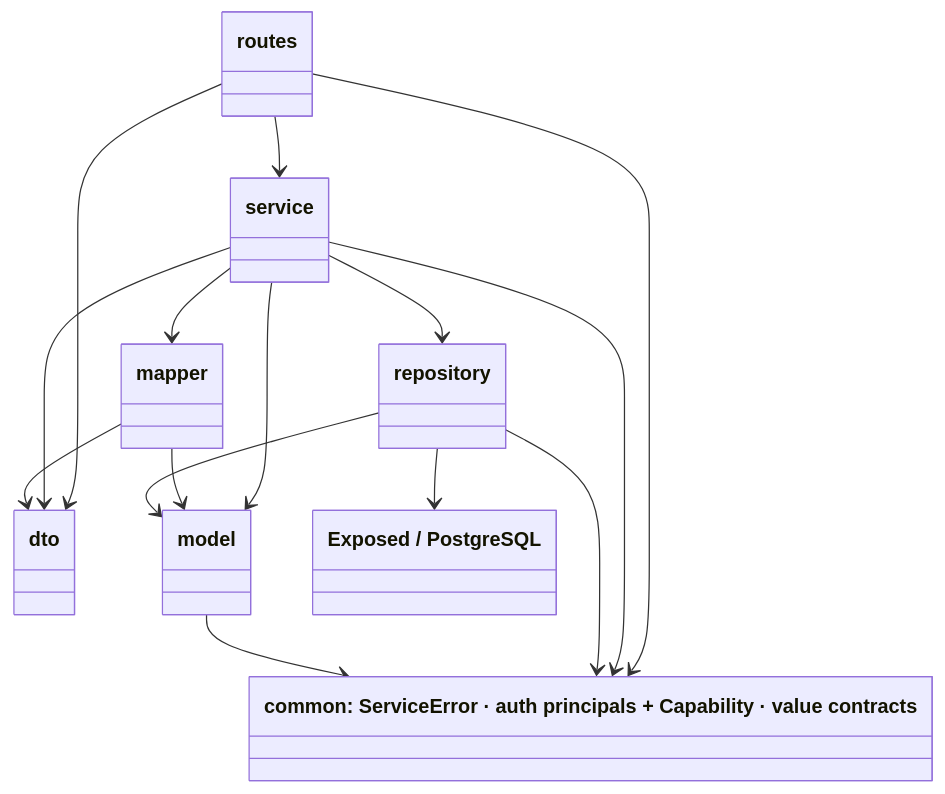
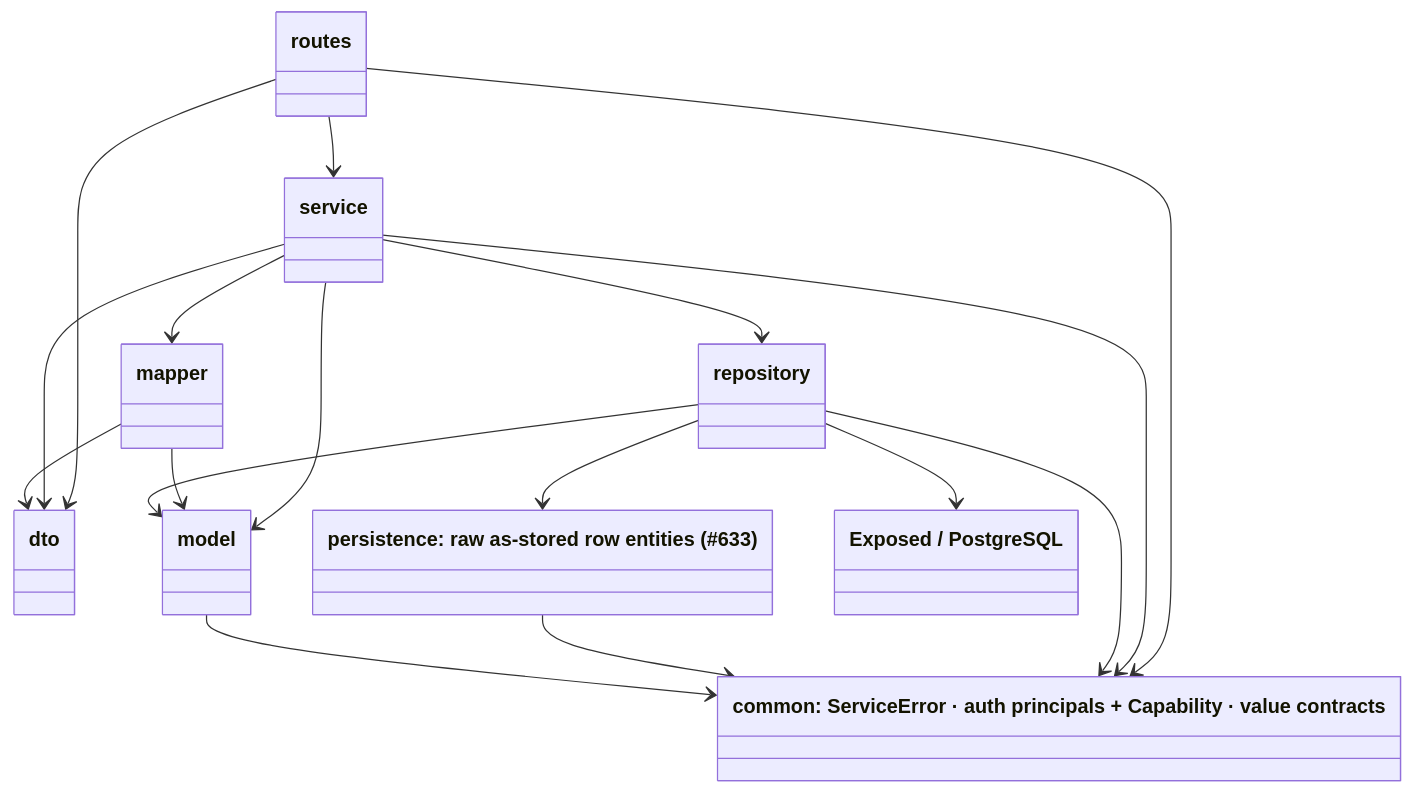
The first of 4 diagrams in docs/engineering/architecture/BACKEND_ARCHITECTURE.md (cybergrouch/skopeo), drawn with Mermaid before and after one commit. The commit also changed other lines of this file, not shown here.

First line of the commit message:
docs(architecture): add the persistence entity layer to BACKEND_ARCHITECTURE (#633)

````diff
--- a/docs/engineering/architecture/BACKEND_ARCHITECTURE.md
+++ b/docs/engineering/architecture/BACKEND_ARCHITECTURE.md
@@ -118,25 +121,28 @@
 ```mermaid
 classDiagram
     class routes
     class service
     class mapper
     class repository
     class dto
     class model
+    class persistence["persistence: raw as-stored row entities (#633)"]
     class common["common: ServiceError · auth principals + Capability · value contracts"]
     class DB["Exposed / PostgreSQL"]
     routes --> service
     routes --> dto
     routes --> common
     service --> repository
     service --> mapper
     service --> dto
     service --> model
     service --> common
     mapper --> dto
     mapper --> model
+    repository --> persistence
     repository --> model
     repository --> common
+    persistence --> common
     model --> common
     repository --> DB
 ```
````
